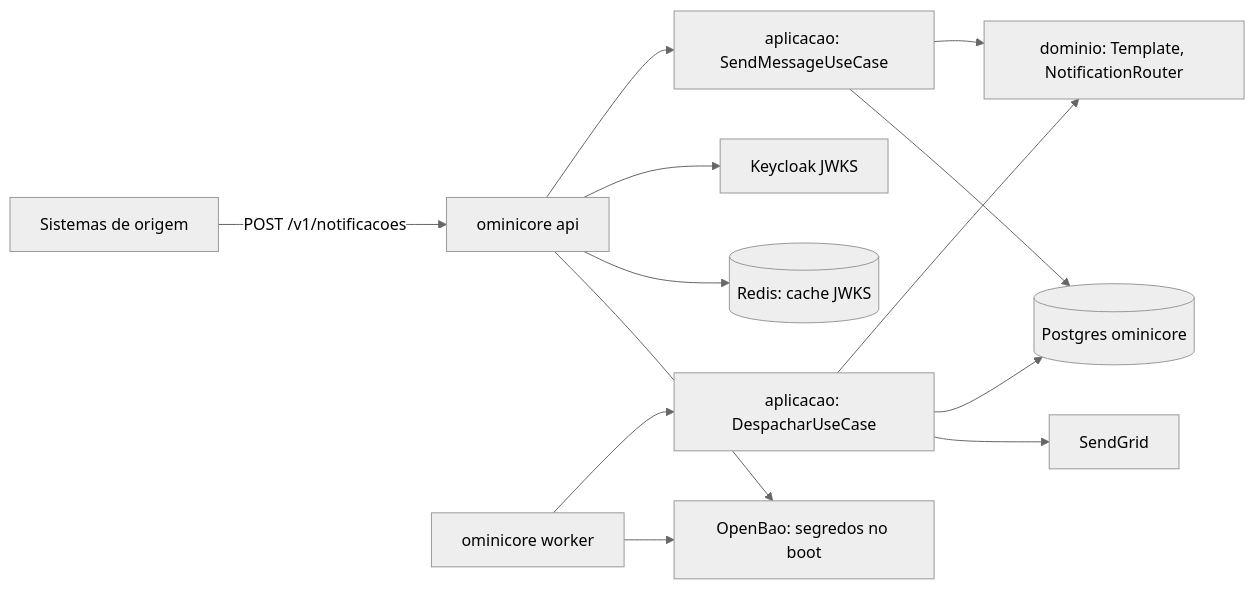
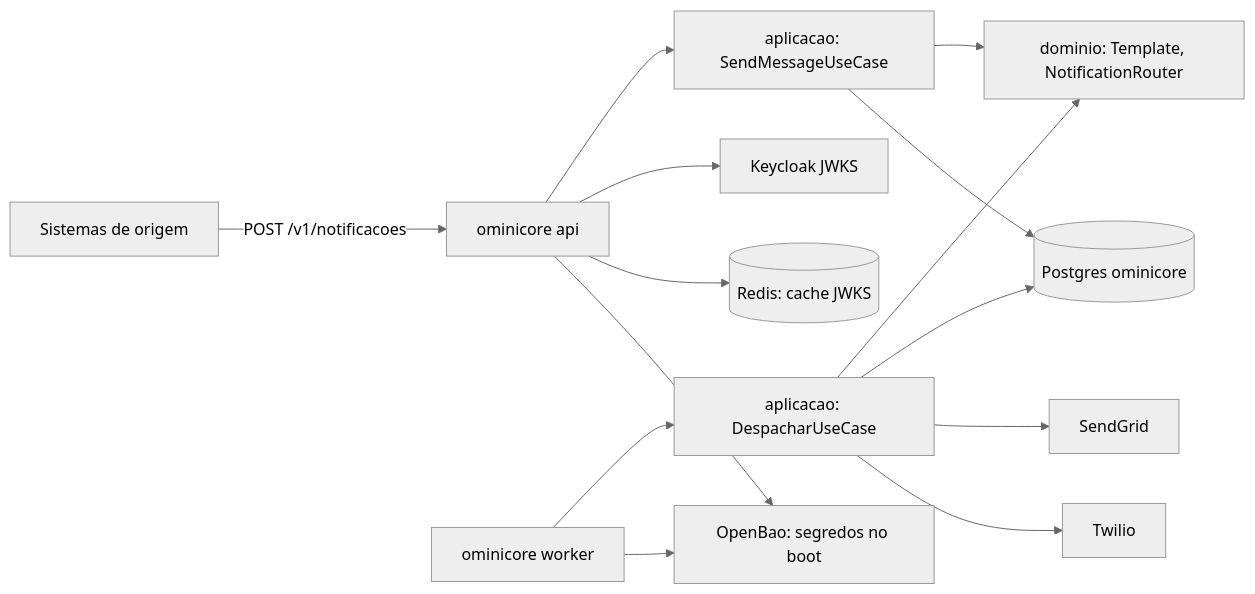
Before and after one commit to mauriciomiwa/ominicore-service: the diagram in DOC/System/mapa/visao-geral.md, drawn with Mermaid (neutral theme). The commit also changed other lines of this file and 50 other files, not shown here.

````diff
--- a/DOC/System/mapa/visao-geral.md
+++ b/DOC/System/mapa/visao-geral.md
@@ -13,13 +13,14 @@
 ```mermaid
 graph LR
   S[Sistemas de origem] -->|POST /v1/notificacoes| API[ominicore api]
   API --> APP[aplicacao: SendMessageUseCase]
   W[ominicore worker] --> DESP[aplicacao: DespacharUseCase]
   APP --> DOM[dominio: Template, NotificationRouter]
   DESP --> DOM
   APP & DESP --> PG[(Postgres ominicore)]
   DESP --> SG[SendGrid]
+  DESP --> TW[Twilio]
   API --> KC[Keycloak JWKS]
   API --> RD[(Redis: cache JWKS)]
   API & W --> BAO[OpenBao: segredos no boot]
 ```
````
